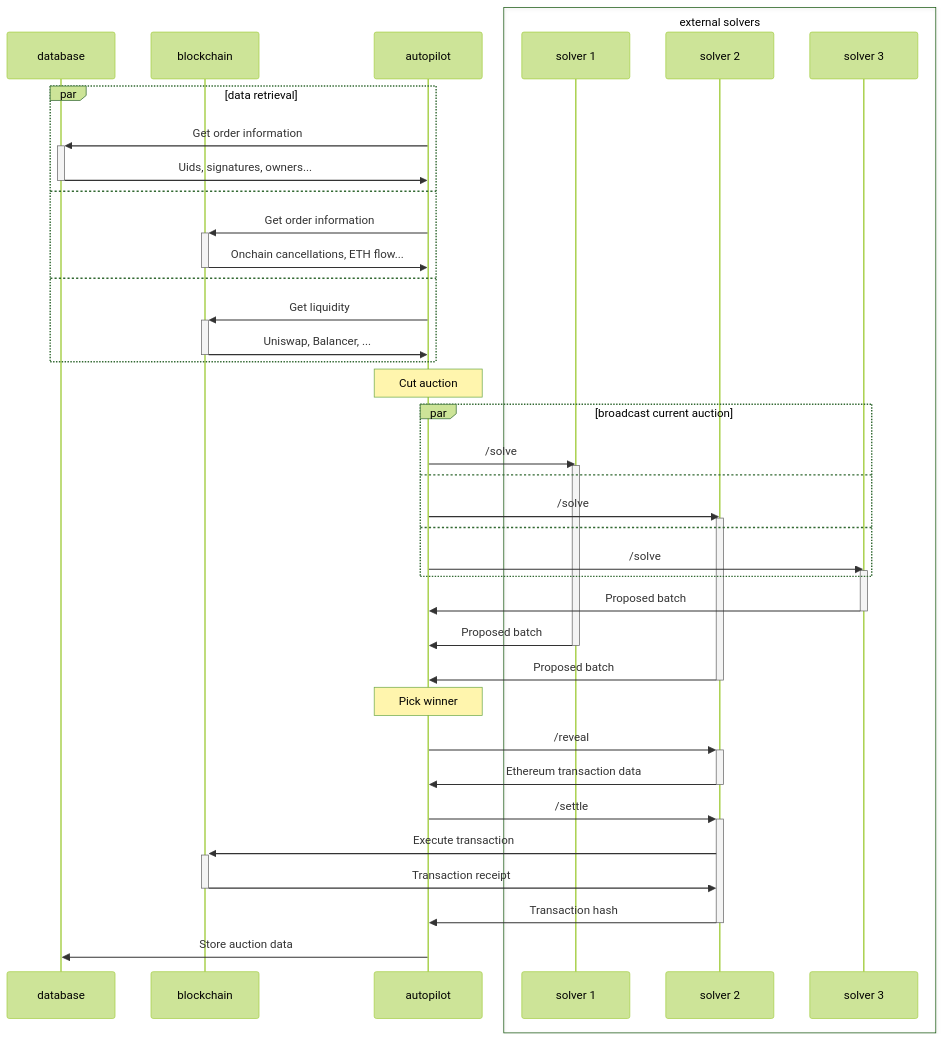
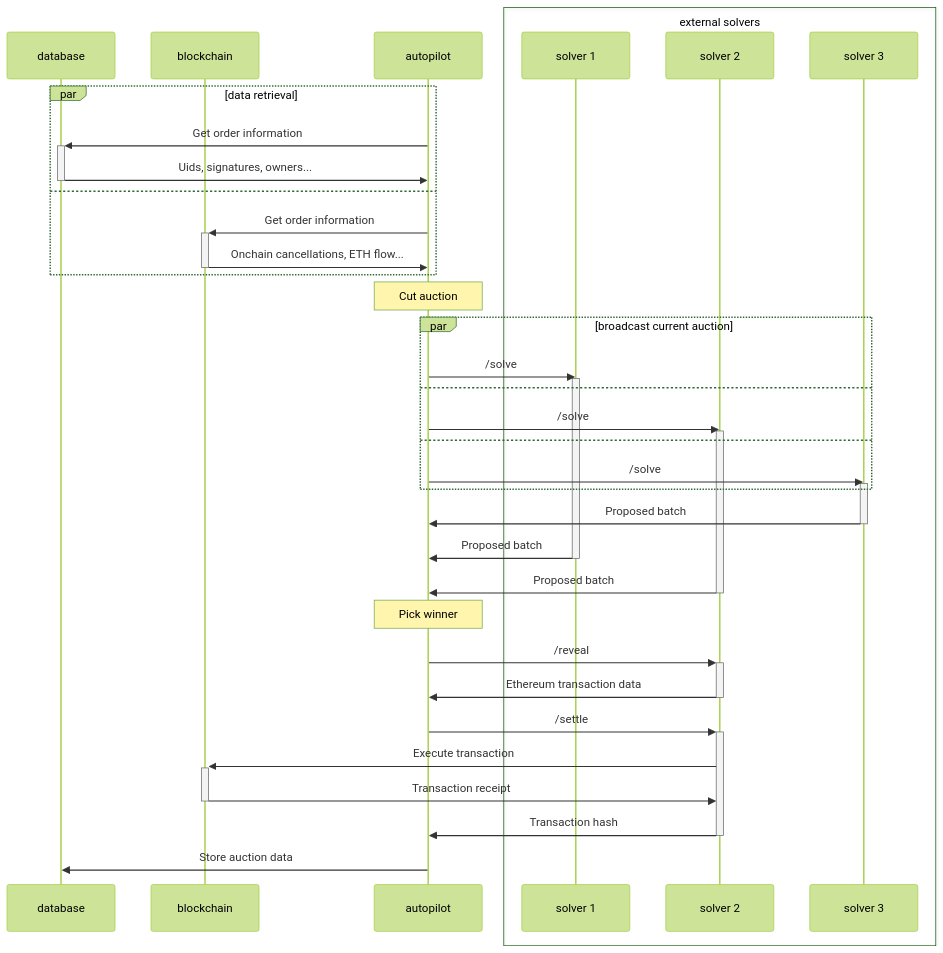
Before and after one commit to cowprotocol/docs: the diagram in docs/cow-protocol/tutorials/arbitrate/autopilot.md, drawn with Mermaid (forest theme). The commit also changed other lines of this file, not shown here.

Commit message:
Remove direct reference to liquidity, rather expanding on price estimators

````diff
--- a/docs/cow-protocol/tutorials/arbitrate/autopilot.md
+++ b/docs/cow-protocol/tutorials/arbitrate/autopilot.md
@@ -22,51 +22,48 @@
 ```mermaid
 sequenceDiagram
     participant database
     participant blockchain
     participant autopilot
     box external solvers
       participant solver 1
       participant solver 2
       participant solver 3
     end
 
     par data retrieval
       autopilot->>+database: Get order information
       database->>-autopilot: Uids, signatures, owners...
     and
       autopilot->>+blockchain: Get order information
       blockchain->>-autopilot: Onchain cancellations, ETH flow...
-    and
-      autopilot->>+blockchain: Get liquidity
-      blockchain->>-autopilot: Uniswap, Balancer, ...
     end
 
     # auction
     Note over autopilot: Cut auction
     par broadcast current auction
       autopilot->>solver 1: /solve
       activate solver 1
     and
       autopilot->>solver 2: /solve
       activate solver 2
     and
       autopilot->>solver 3: /solve
       activate solver 3
     end
     solver 3->>autopilot: Proposed batch
     deactivate solver 3
     solver 1->>autopilot: Proposed batch
     deactivate solver 1
     solver 2->>autopilot: Proposed batch
     deactivate solver 2
 
     Note over autopilot: Pick winner
     autopilot->>+solver 2: /reveal
     solver 2->>-autopilot: Ethereum transaction data
     autopilot->>+solver 2: /settle
     solver 2->>+blockchain: Execute transaction
     blockchain->>-solver 2: Transaction receipt
     solver 2->>-autopilot: Transaction hash
 
     autopilot->>database: Store auction data
 ```
````
